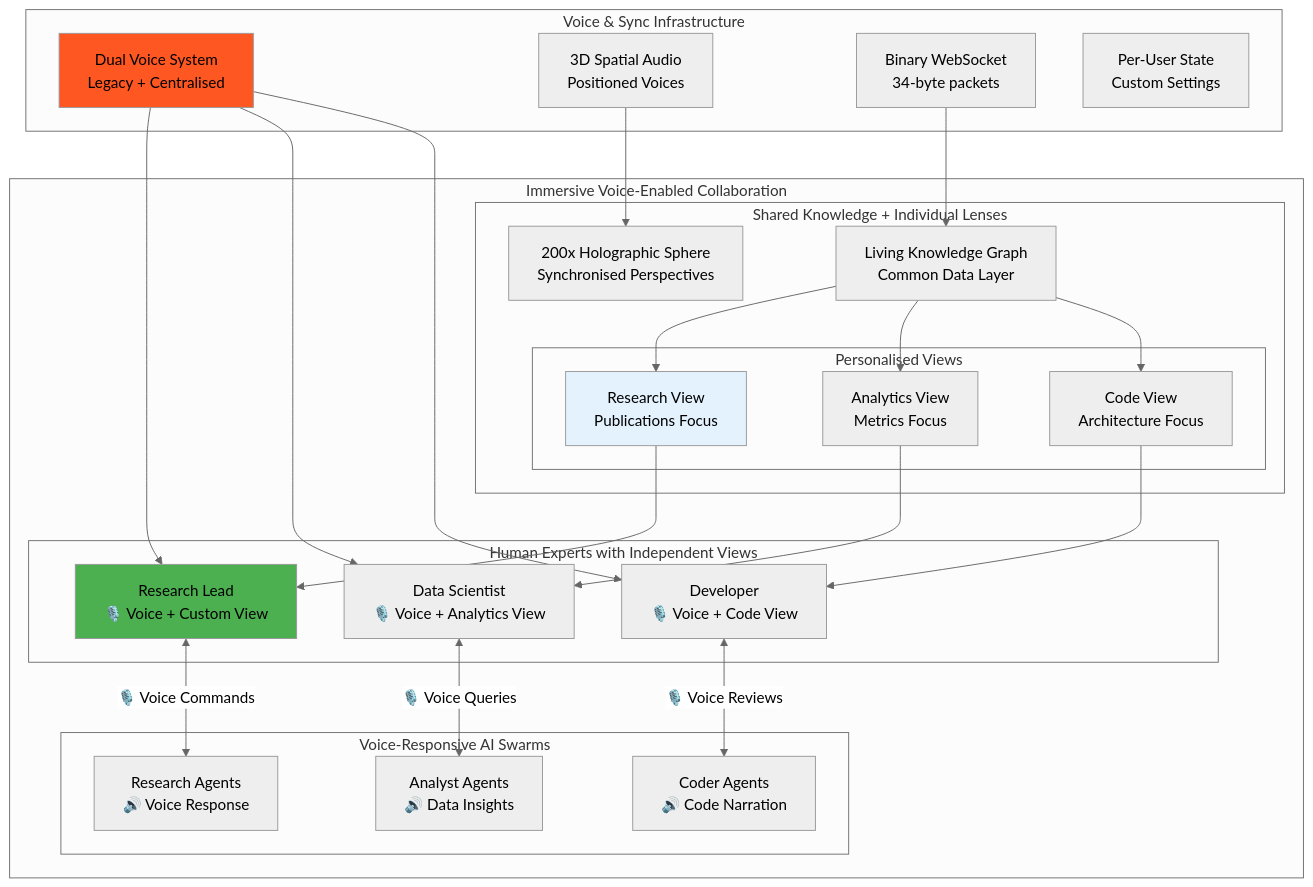
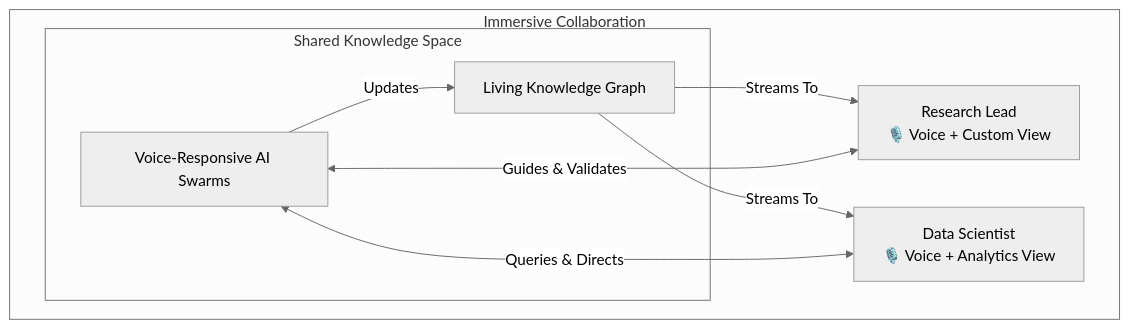
One commit to DreamLab-AI/VisionFlow changed the second of 2 diagrams in README.md. Above: the diagram before and after it, drawn with Mermaid (neutral theme). The commit also changed other lines of this file and 1 other file, not shown here.

````diff
--- a/README.md
+++ b/README.md
@@ -434,52 +127,17 @@
 ```mermaid
 graph TB
-    subgraph "Immersive Voice-Enabled Collaboration"
-        subgraph "Human Experts with Independent Views"
-            Expert1[Research Lead<br/>🎙️ Voice + Custom View]
-            Expert2[Data Scientist<br/>🎙️ Voice + Analytics View]
-            Expert3[Developer<br/>🎙️ Voice + Code View]
+    subgraph "Immersive Collaboration"
+        Expert1[Research Lead<br/>🎙️ Voice + Custom View]
+        Expert2[Data Scientist<br/>🎙️ Voice + Analytics View]
+
+        subgraph "Shared Knowledge Space"
+           AI_Swarms[Voice-Responsive AI Swarms]
+           KnowledgeGraph[Living Knowledge Graph]
         end
 
-        subgraph "Voice-Responsive AI Swarms"
-            ResearchSwarm[Research Agents<br/>🔊 Voice Response]
-            CoderSwarm[Coder Agents<br/>🔊 Code Narration]
-            AnalystSwarm[Analyst Agents<br/>🔊 Data Insights]
-        end
-
-        subgraph "Shared Knowledge + Individual Lenses"
-            KnowledgeGraph[Living Knowledge Graph<br/>Common Data Layer]
-
-            subgraph "Personalised Views"
-                View1[Research View<br/>Publications Focus]
-                View2[Analytics View<br/>Metrics Focus]
-                View3[Code View<br/>Architecture Focus]
-            end
-
-            HolographicVis[200x Holographic Sphere<br/>Synchronised Perspectives]
-        end
-
-        Expert1 <-->|🎙️ Voice Commands| ResearchSwarm
-        Expert2 <-->|🎙️ Voice Queries| AnalystSwarm
-        Expert3 <-->|🎙️ Voice Reviews| CoderSwarm
-
-        KnowledgeGraph --> View1 & View2 & View3
-        View1 --> Expert1
-        View2 --> Expert2
-        View3 --> Expert3
+        Expert1 <--> |Guides & Validates| AI_Swarms
+        Expert2 <--> |Queries & Directs| AI_Swarms
+        AI_Swarms -- Updates --> KnowledgeGraph
+        KnowledgeGraph -- Streams To --> Expert1 & Expert2
     end
-
-    subgraph "Voice & Sync Infrastructure"
-        VoiceSystem[Dual Voice System<br/>Legacy + Centralised]
-        SpatialAudio[3D Spatial Audio<br/>Positioned Voices]
-        WebSocketSync[Binary WebSocket<br/>34-byte packets]
-        IndependentState[Per-User State<br/>Custom Settings]
-    end
-
-    VoiceSystem --> Expert1 & Expert2 & Expert3
-    SpatialAudio --> HolographicVis
-    WebSocketSync --> KnowledgeGraph
-
-    style Expert1 fill:#4caf50
-    style VoiceSystem fill:#ff5722
-    style View1 fill:#e3f2fd
 ```
````
